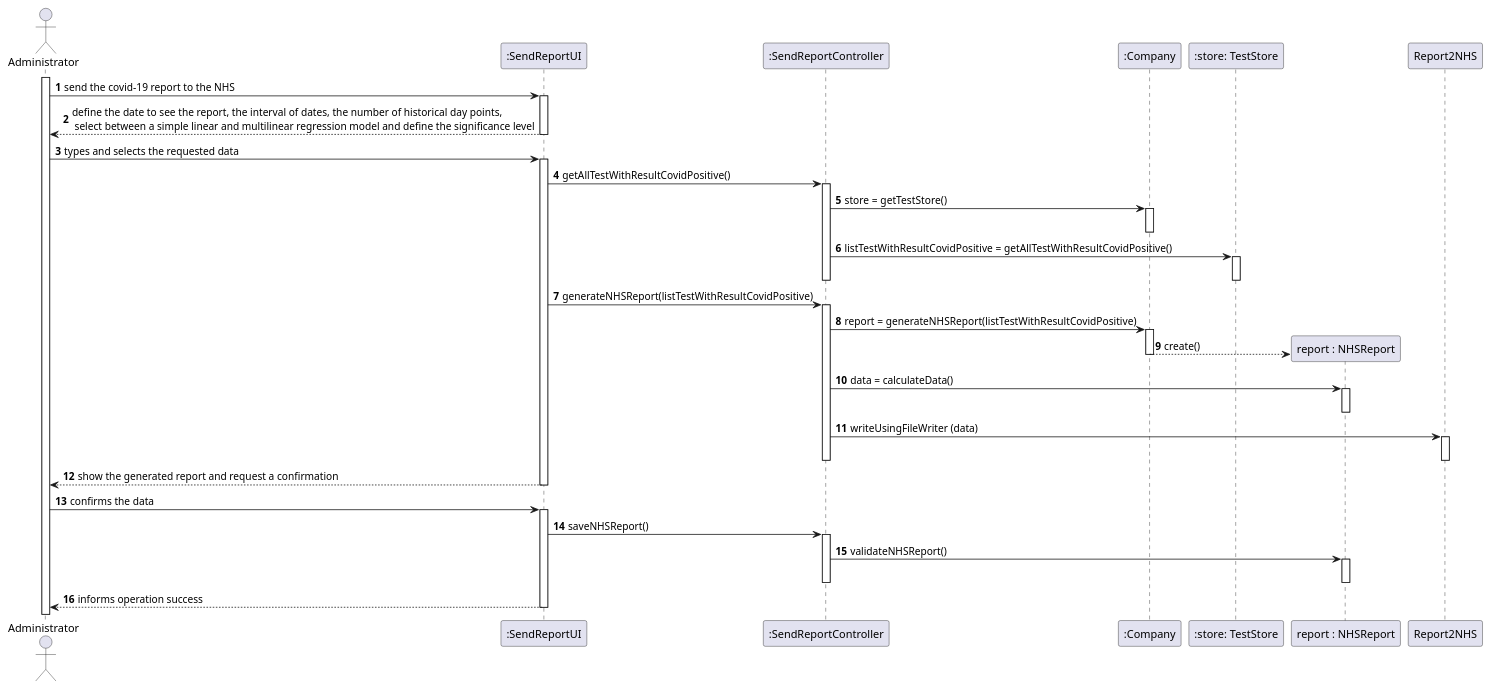
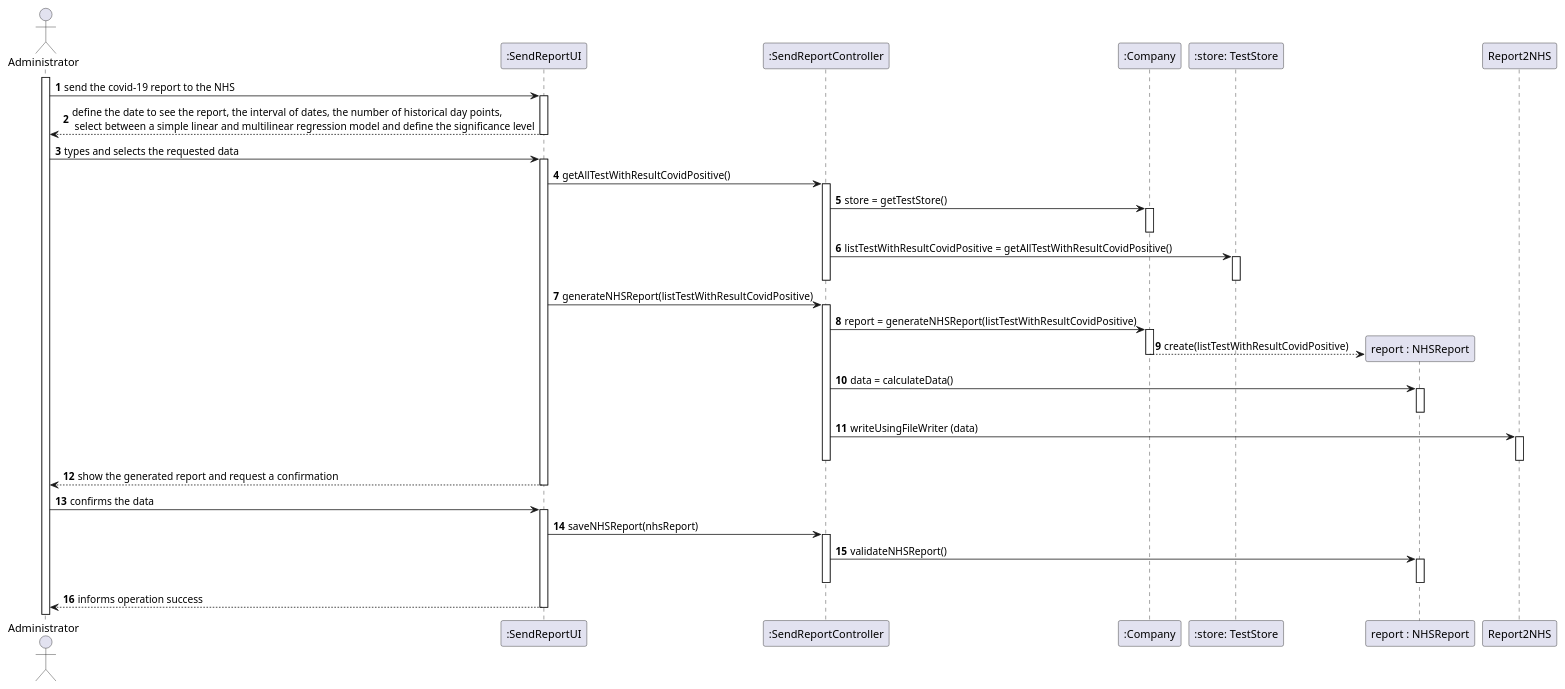
One commit to 0franciscor/lei-21-s2-1de-g19 changed the diagram in docs/SprintD/US18/US18-SD.puml. Above: the diagram before and after it, drawn with PlantUML. The commit also changed 3 other files, not shown here.

```diff
--- a/docs/SprintD/US18/US18-SD.puml
+++ b/docs/SprintD/US18/US18-SD.puml
@@ -1,73 +1,73 @@
 @startuml
 'https://plantuml.com/sequence-diagram
 
 autonumber
 
 actor "Administrator" as A
 activate A
 
 
 A -> ":SendReportUI" : send the covid-19 report to the NHS
 activate ":SendReportUI"
 ":SendReportUI" --> A: define the date to see the report, the interval of dates, the number of historical day points, \n select between a simple linear and multilinear regression model and define the significance level
 deactivate ":SendReportUI"
 
 A -> ":SendReportUI" : types and selects the requested data
 activate ":SendReportUI"
 ":SendReportUI" -> ":SendReportController": getAllTestWithResultCovidPositive()
 
 activate ":SendReportController"
 ":SendReportController" -> ":Company" : store = getTestStore()
 activate ":Company"
 deactivate ":Company"
 
 ":SendReportController" -> ":store: TestStore" : listTestWithResultCovidPositive = getAllTestWithResultCovidPositive()
 activate ":store: TestStore"
 deactivate ":store: TestStore"
 
 deactivate ":SendReportController"
 
 ":SendReportUI" -> ":SendReportController" : generateNHSReport(listTestWithResultCovidPositive)
 activate ":SendReportController"
 
 ":SendReportController" -> ":Company" : report = generateNHSReport(listTestWithResultCovidPositive)
 activate ":Company"
 
 create "report : NHSReport"
-":Company" --> "report : NHSReport" : create()
+":Company" --> "report : NHSReport" : create(listTestWithResultCovidPositive)
 
 deactivate ":Company"
 
 ":SendReportController" -> "report : NHSReport": data = calculateData()
 activate "report : NHSReport"
 deactivate "report : NHSReport"
 
 ":SendReportController" -> "Report2NHS": writeUsingFileWriter (data)
 
 activate "Report2NHS"
 
 deactivate "Report2NHS"
 
 deactivate ":SendReportController"
 
 ":SendReportUI" --> A: show the generated report and request a confirmation
 deactivate ":SendReportUI"
 
 A -> ":SendReportUI": confirms the data
 activate ":SendReportUI"
 
-":SendReportUI" -> ":SendReportController": saveNHSReport()
+":SendReportUI" -> ":SendReportController": saveNHSReport(nhsReport)
 
 activate ":SendReportController"
 
 ":SendReportController" -> "report : NHSReport" : validateNHSReport()
 activate "report : NHSReport"
 deactivate "report : NHSReport"
 
 deactivate ":SendReportController"
 
 
 ":SendReportUI" --> A: informs operation success
 deactivate ":SendReportUI"
 
 @enduml
```
